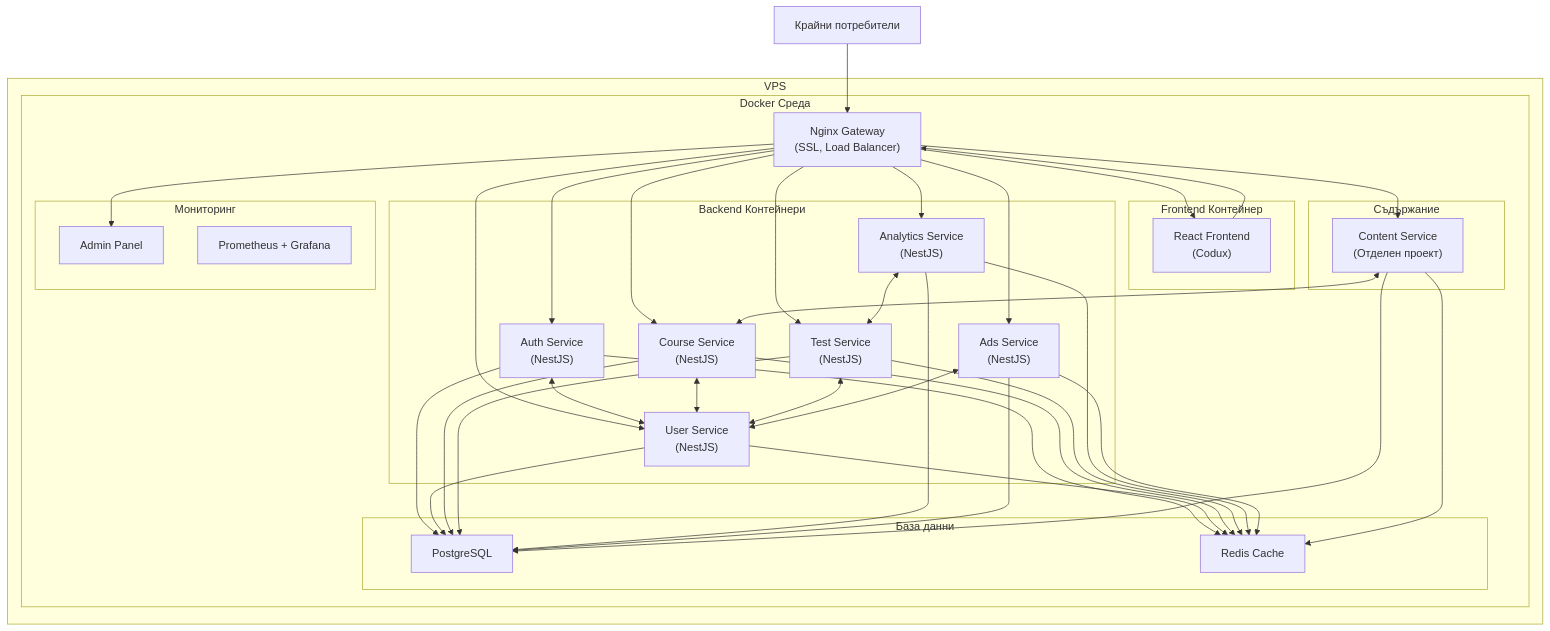
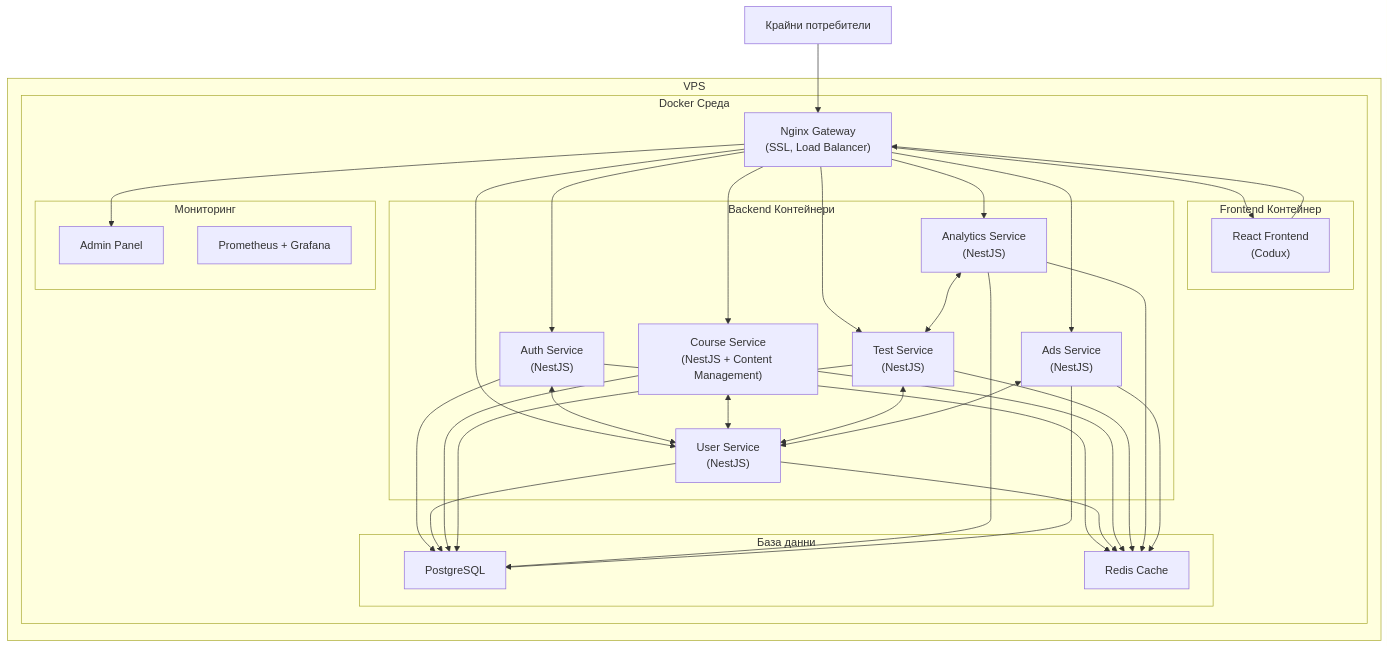
One commit to ivan-markov-666/beelms changed the first of 5 diagrams in docs/architecture.md. Above: the diagram before and after it, drawn with Mermaid. The commit also changed other lines of this file and 1 other file, not shown here.

Commit message:
The architecture.md and developmentPlan.md were updated

````diff
--- a/docs/architecture.md
+++ b/docs/architecture.md
@@ -4,72 +4,64 @@
 ```mermaid
 graph TB
     subgraph "VPS"
         subgraph "Docker Среда"
             nginx["Nginx Gateway<br>(SSL, Load Balancer)"]
             
             subgraph "Frontend Контейнер"
                 react["React Frontend<br>(Codux)"]
             end
             
             subgraph "Backend Контейнери"
                 auth["Auth Service<br>(NestJS)"]
                 user["User Service<br>(NestJS)"]
-                course["Course Service<br>(NestJS)"]
+                course["Course Service<br>(NestJS + Content Management)"]
                 test["Test Service<br>(NestJS)"]
                 analytics["Analytics Service<br>(NestJS)"]
                 ads["Ads Service<br>(NestJS)"]
             end
             
             subgraph "База данни"
                 postgres["PostgreSQL"]
                 redis["Redis Cache"]
-            end
-            
-            subgraph "Съдържание"
-                content["Content Service<br>(Отделен проект)"]
             end
             
             subgraph "Мониторинг"
                 admin["Admin Panel"]
                 monitor["Prometheus + Grafana"]
             end
         end
     end
     
     client["Крайни потребители"] --> nginx
     
     nginx --> react
     react --> nginx
     
     nginx --> auth
     nginx --> user
     nginx --> course
     nginx --> test
     nginx --> analytics
     nginx --> ads
-    nginx --> content
     nginx --> admin
     
     auth --> postgres
     user --> postgres
     course --> postgres
     test --> postgres
     analytics --> postgres
     ads --> postgres
-    content --> postgres
     
     auth --> redis
     user --> redis
     course --> redis
     test --> redis
     analytics --> redis
     ads --> redis
-    content --> redis
     
     auth <--> user
     course <--> user
     test <--> user
     analytics <--> test
     ads <--> user
-    content <--> course
 ```
````
